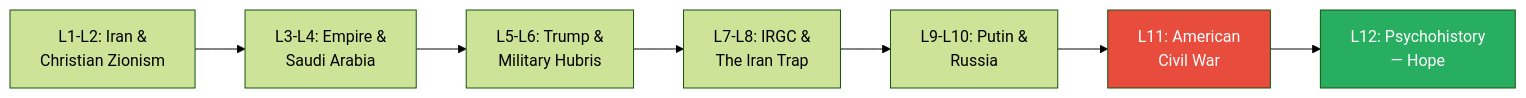
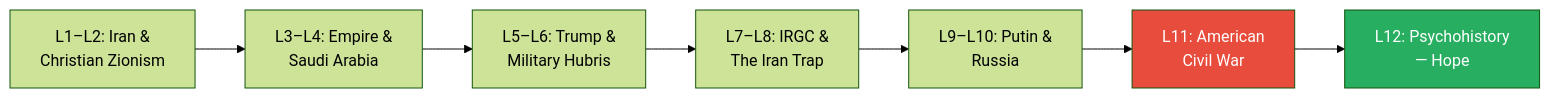
One commit to alius33/reader changed the first of 11 diagrams in summaries/Lectures/Geo-Strategy/12 - Psychohistory.md. Above: the diagram before and after it, drawn with Mermaid (forest theme). The commit also changed other lines of this file and 26 other files, not shown here.

````diff
--- a/summaries/Lectures/Geo-Strategy/12 - Psychohistory.md
+++ b/summaries/Lectures/Geo-Strategy/12 - Psychohistory.md
@@ -34,13 +58,13 @@
 ```mermaid
 flowchart LR
-    L1["L1-L2: Iran &<br/>Christian Zionism"]
-    L3["L3-L4: Empire &<br/>Saudi Arabia"]
-    L5["L5-L6: Trump &<br/>Military Hubris"]
-    L7["L7-L8: IRGC &<br/>The Iran Trap"]
-    L9["L9-L10: Putin &<br/>Russia"]
+    L1["L1–L2: Iran &<br/>Christian Zionism"]
+    L3["L3–L4: Empire &<br/>Saudi Arabia"]
+    L5["L5–L6: Trump &<br/>Military Hubris"]
+    L7["L7–L8: IRGC &<br/>The Iran Trap"]
+    L9["L9–L10: Putin &<br/>Russia"]
     L11["L11: American<br/>Civil War"]
     L12["L12: Psychohistory<br/>— Hope"]
     L1 --> L3 --> L5 --> L7 --> L9 --> L11 --> L12
     style L11 fill:#e74c3c,color:#fff
     style L12 fill:#27ae60,color:#fff
 ```
````
